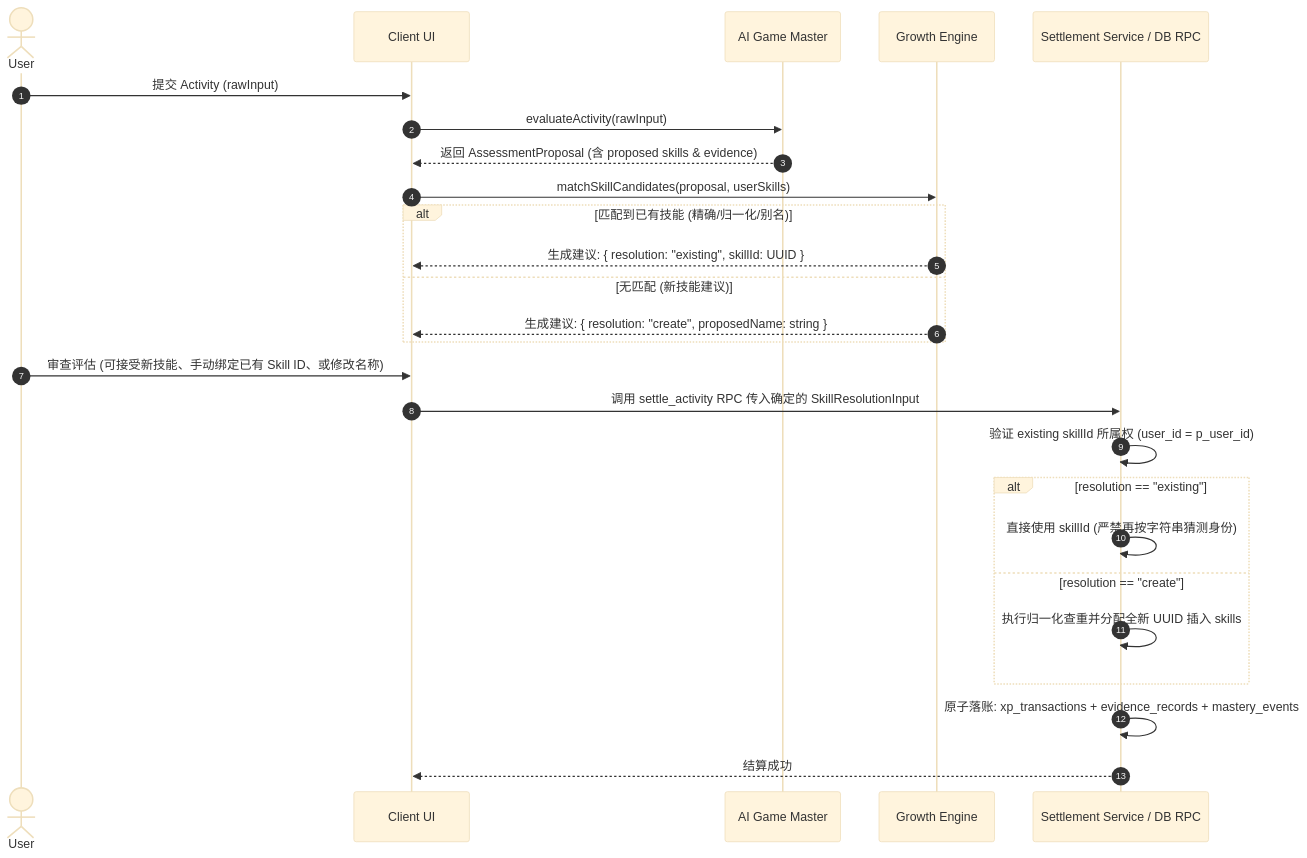
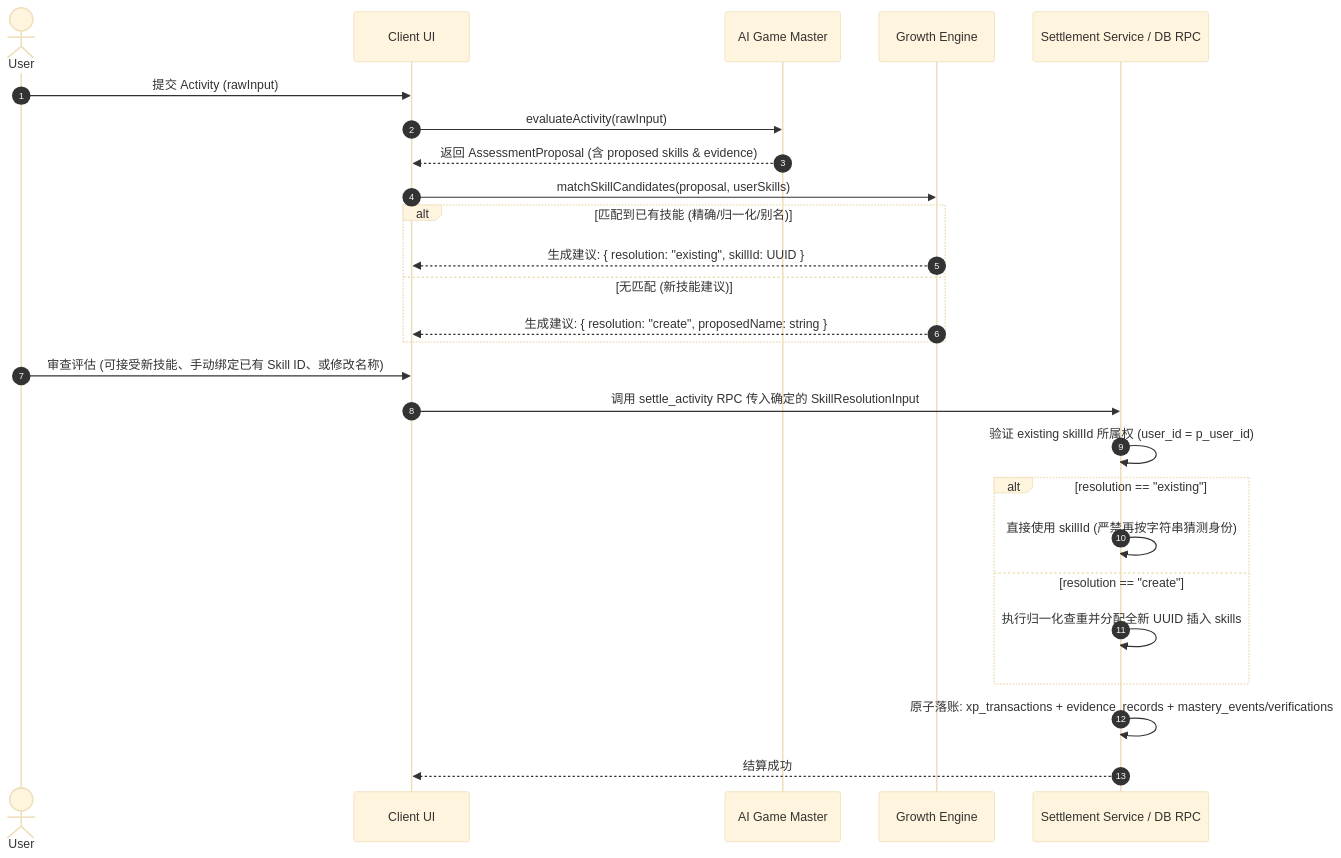
The diagram in docs/Stage5/02_SKILL_TREE_AUTHORITY_RULES.md (Daylily-Huang/AI-Personal-Growth-RPG), drawn with Mermaid (base theme) before and after one commit. The commit also changed other lines of this file and 4 other files, not shown here.

````diff
--- a/docs/Stage5/02_SKILL_TREE_AUTHORITY_RULES.md
+++ b/docs/Stage5/02_SKILL_TREE_AUTHORITY_RULES.md
@@ -41,31 +57,31 @@
 ```mermaid
 sequenceDiagram
     autonumber
     actor User
     participant App as Client UI
     participant AI as AI Game Master
     participant Engine as Growth Engine
     participant Store as Settlement Service / DB RPC
 
     User->>App: 提交 Activity (rawInput)
     App->>AI: evaluateActivity(rawInput)
     AI-->>App: 返回 AssessmentProposal (含 proposed skills & evidence)
     
     App->>Engine: matchSkillCandidates(proposal, userSkills)
     alt 匹配到已有技能 (精确/归一化/别名)
         Engine-->>App: 生成建议: { resolution: "existing", skillId: UUID }
     else 无匹配 (新技能建议)
         Engine-->>App: 生成建议: { resolution: "create", proposedName: string }
     end
 
     User->>App: 审查评估 (可接受新技能、手动绑定已有 Skill ID、或修改名称)
     App->>Store: 调用 settle_activity RPC 传入确定的 SkillResolutionInput
     Store->>Store: 验证 existing skillId 所属权 (user_id = p_user_id)
     alt resolution == "existing"
         Store->>Store: 直接使用 skillId (严禁再按字符串猜测身份)
     else resolution == "create"
         Store->>Store: 执行归一化查重并分配全新 UUID 插入 skills
     end
-    Store->>Store: 原子落账: xp_transactions + evidence_records + mastery_events
+    Store->>Store: 原子落账: xp_transactions + evidence_records + mastery_events/verifications
     Store-->>App: 结算成功
 ```
````
